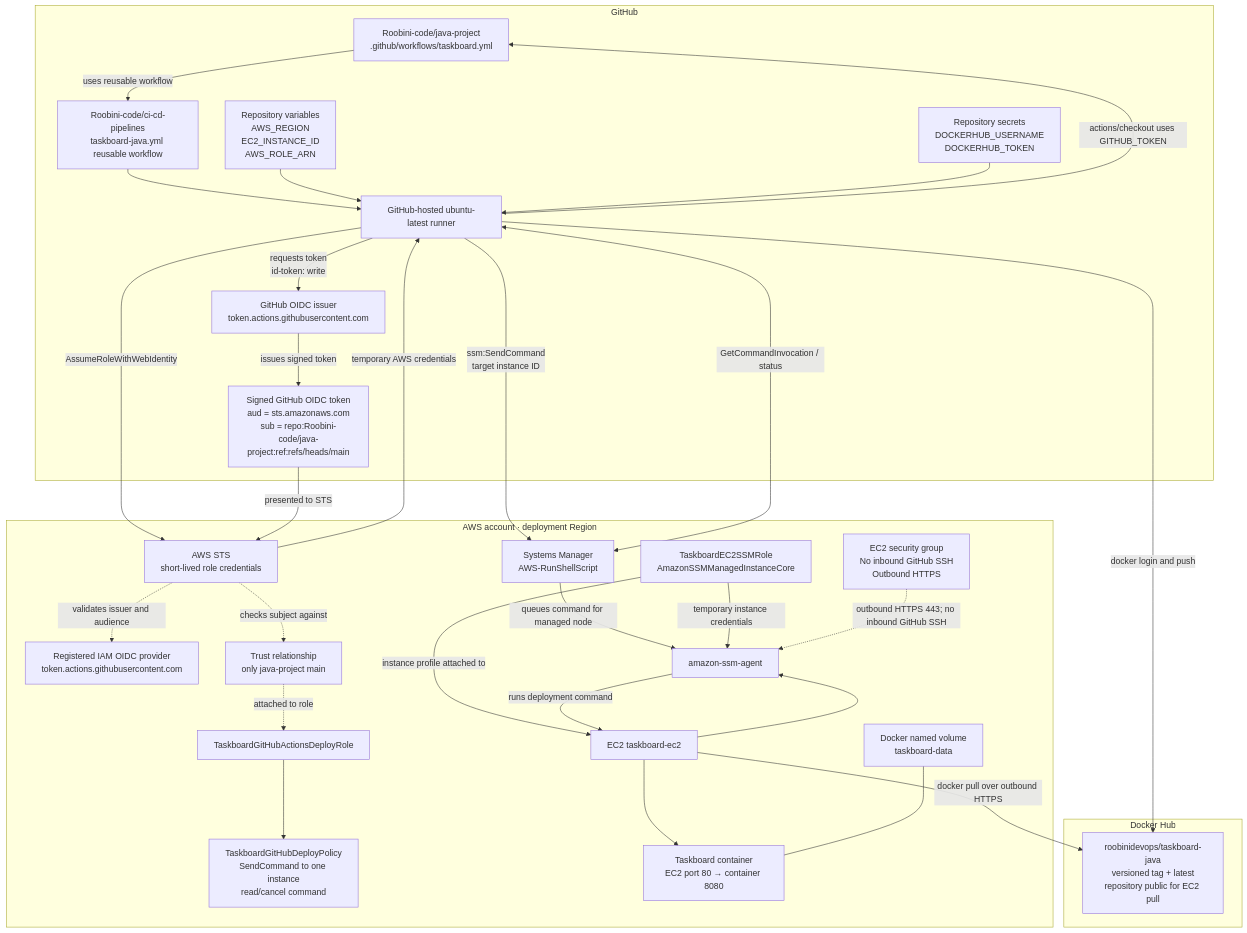
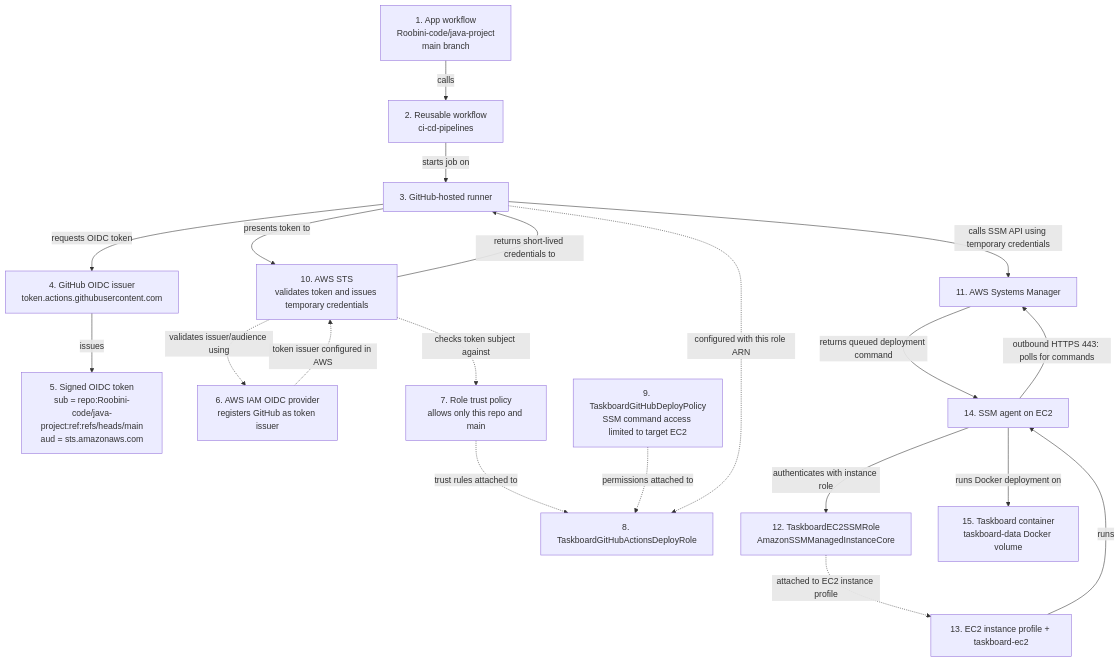
The first of 2 diagrams in doc/TASKBOARD-AWS-GITHUB-ACTIONS-INFRASTRUCTURE.md (Roobini-code/ci-cd-pipelines), drawn with Mermaid before and after one commit. The commit also changed other lines of this file, not shown here.

Commit message:
updated flow

````diff
--- a/doc/TASKBOARD-AWS-GITHUB-ACTIONS-INFRASTRUCTURE.md
+++ b/doc/TASKBOARD-AWS-GITHUB-ACTIONS-INFRASTRUCTURE.md
@@ -34,58 +74,38 @@
 ```mermaid
 flowchart TB
-  subgraph GH["GitHub"]
-    APP["Roobini-code/java-project<br/>.github/workflows/taskboard.yml"]
-    LIB["Roobini-code/ci-cd-pipelines<br/>taskboard-java.yml reusable workflow"]
-    RUNNER["GitHub-hosted ubuntu-latest runner"]
-    ISSUER["GitHub OIDC issuer<br/>token.actions.githubusercontent.com"]
-    OIDCTOKEN["Signed GitHub OIDC token<br/>aud = sts.amazonaws.com<br/>sub = repo:Roobini-code/java-project:ref:refs/heads/main"]
-    DOCKERSECRETS["Repository secrets<br/>DOCKERHUB_USERNAME<br/>DOCKERHUB_TOKEN"]
-    GHCONFIG["Repository variables<br/>AWS_REGION<br/>EC2_INSTANCE_ID<br/>AWS_ROLE_ARN"]
-  end
+  APP["1. App workflow<br/>Roobini-code/java-project<br/>main branch"]
+  REUSABLE["2. Reusable workflow<br/>ci-cd-pipelines"]
+  RUNNER["3. GitHub-hosted runner"]
+  ISSUER["4. GitHub OIDC issuer<br/>token.actions.githubusercontent.com"]
+  TOKEN["5. Signed OIDC token<br/>sub = repo:Roobini-code/java-project:ref:refs/heads/main<br/>aud = sts.amazonaws.com"]
+  PROVIDER["6. AWS IAM OIDC provider<br/>registers GitHub as token issuer"]
+  TRUST["7. Role trust policy<br/>allows only this repo and main"]
+  ROLE["8. TaskboardGitHubActionsDeployRole"]
+  POLICY["9. TaskboardGitHubDeployPolicy<br/>SSM command access limited to target EC2"]
+  STS["10. AWS STS<br/>validates token and issues temporary credentials"]
+  SSM["11. AWS Systems Manager"]
+  EC2ROLE["12. TaskboardEC2SSMRole<br/>AmazonSSMManagedInstanceCore"]
+  INSTANCE["13. EC2 instance profile + taskboard-ec2"]
+  AGENT["14. SSM agent on EC2"]
+  APP_CONTAINER["15. Taskboard container<br/>taskboard-data Docker volume"]
 
-  subgraph AWS["AWS account · deployment Region"]
-    PROVIDER["Registered IAM OIDC provider<br/>token.actions.githubusercontent.com"]
-    TRUST["Trust relationship<br/>only java-project main"]
-    GHROLE["TaskboardGitHubActionsDeployRole"]
-    GHPOLICY["TaskboardGitHubDeployPolicy<br/>SendCommand to one instance<br/>read/cancel command"]
-    STS["AWS STS<br/>short-lived role credentials"]
-    SSM["Systems Manager<br/>AWS-RunShellScript"]
-    INSTANCE["EC2 taskboard-ec2"]
-    EC2ROLE["TaskboardEC2SSMRole<br/>AmazonSSMManagedInstanceCore"]
-    AGENT["amazon-ssm-agent"]
-    SG["EC2 security group<br/>No inbound GitHub SSH<br/>Outbound HTTPS"]
-    VOLUME["Docker named volume<br/>taskboard-data"]
-    CONTAINER["Taskboard container<br/>EC2 port 80 → container 8080"]
-  end
-
-  subgraph DH["Docker Hub"]
-    IMAGE["roobinidevops/taskboard-java<br/>versioned tag + latest<br/>repository public for EC2 pull"]
-  end
-
-  APP -->|"uses reusable workflow"| LIB
-  LIB --> RUNNER
-  GHCONFIG --> RUNNER
-  DOCKERSECRETS --> RUNNER
-  RUNNER -->|"actions/checkout uses GITHUB_TOKEN"| APP
-  RUNNER -->|"docker login and push"| IMAGE
-  RUNNER -->|"requests token<br/>id-token: write"| ISSUER
-  ISSUER -->|"issues signed token"| OIDCTOKEN
-  RUNNER -->|"AssumeRoleWithWebIdentity"| STS
-  OIDCTOKEN -->|"presented to STS"| STS
-  STS -. "validates issuer and audience" .-> PROVIDER
-  STS -. "checks subject against" .-> TRUST
-  TRUST -. "attached to role" .-> GHROLE
-  GHROLE --> GHPOLICY
-  STS -->|"temporary AWS credentials"| RUNNER
-  RUNNER -->|"ssm:SendCommand<br/>target instance ID"| SSM
-  SSM -->|"queues command for managed node"| AGENT
-  EC2ROLE -->|"instance profile attached to"| INSTANCE
-  INSTANCE --> AGENT
-  EC2ROLE -->|"temporary instance credentials"| AGENT
-  SG -. "outbound HTTPS 443; no inbound GitHub SSH" .-> AGENT
-  AGENT -->|"runs deployment command"| INSTANCE
-  INSTANCE -->|"docker pull over outbound HTTPS"| IMAGE
-  INSTANCE --> CONTAINER
-  VOLUME --- CONTAINER
-  RUNNER <-->|"GetCommandInvocation / status"| SSM
+  APP -->|"calls"| REUSABLE
+  REUSABLE -->|"starts job on"| RUNNER
+  RUNNER -->|"requests OIDC token"| ISSUER
+  ISSUER -->|"issues"| TOKEN
+  RUNNER -->|"presents token to"| STS
+  PROVIDER -. "token issuer configured in AWS" .-> STS
+  STS -. "validates issuer/audience using" .-> PROVIDER
+  TRUST -. "trust rules attached to" .-> ROLE
+  POLICY -. "permissions attached to" .-> ROLE
+  STS -. "checks token subject against" .-> TRUST
+  STS -->|"returns short-lived credentials to"| RUNNER
+  RUNNER -->|"calls SSM API using temporary credentials"| SSM
+  RUNNER -. "configured with this role ARN" .-> ROLE
+  EC2ROLE -. "attached to EC2 instance profile" .-> INSTANCE
+  INSTANCE -->|"runs"| AGENT
+  AGENT -->|"authenticates with instance role"| EC2ROLE
+  AGENT -->|"outbound HTTPS 443: polls for commands"| SSM
+  SSM -->|"returns queued deployment command"| AGENT
+  AGENT -->|"runs Docker deployment on"| APP_CONTAINER
 ```
````
